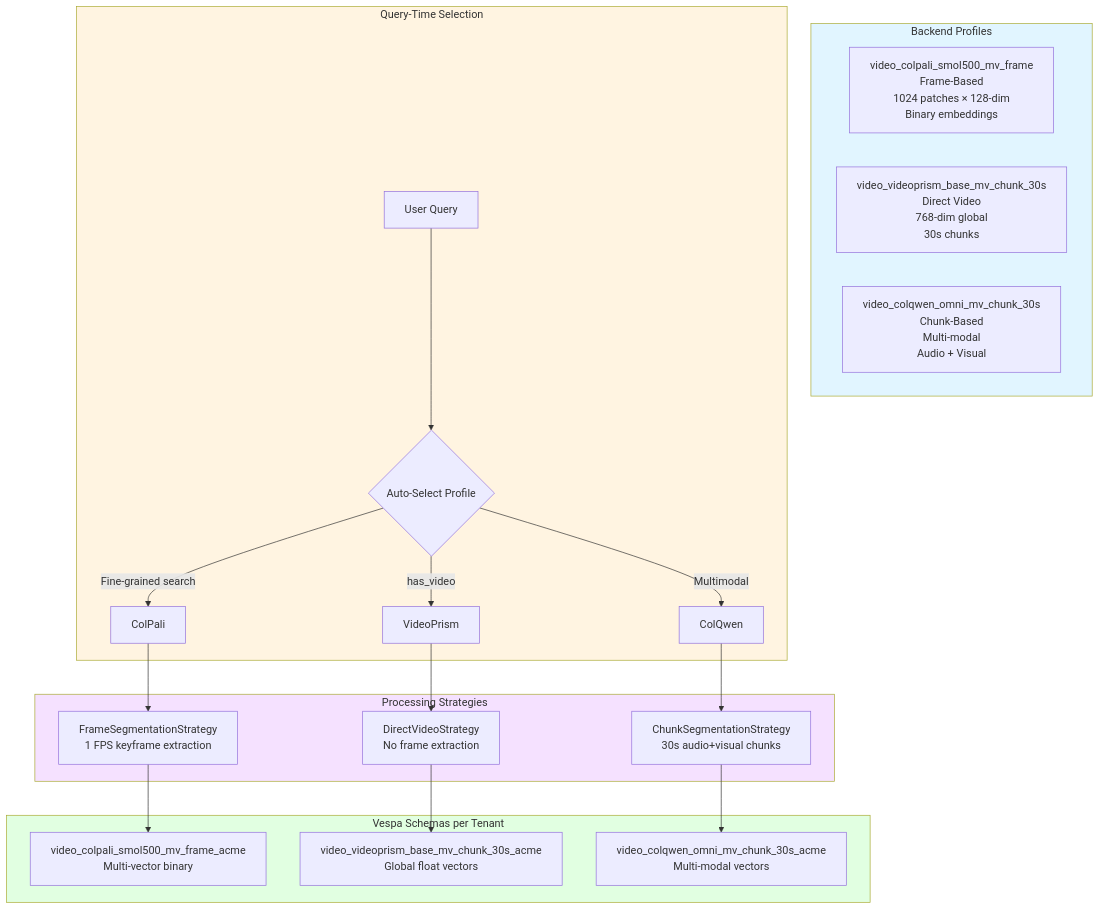
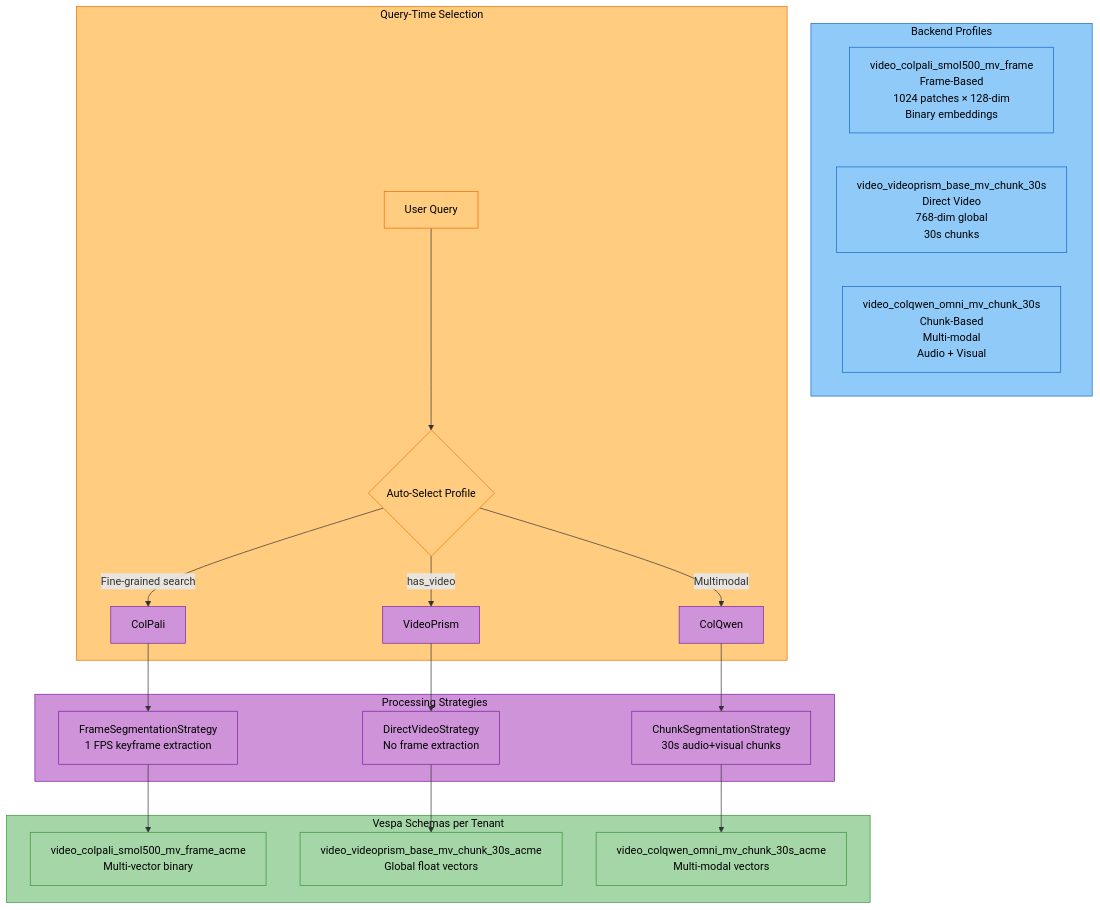
The fifth of 9 diagrams in docs/modules/backends.md (amit-jain/cogniverse), drawn with Mermaid before and after one commit. The commit also changed other lines of this file and 83 other files, not shown here.

First line of the commit message:
Fix documentation veracity, formatting, and diagrams across all modules

````diff
--- a/docs/modules/backends.md
+++ b/docs/modules/backends.md
@@ -520,32 +601,46 @@
 ```mermaid
 flowchart TB
-    subgraph Profiles[Backend Profiles]
-        ColPali[video_colpali_smol500_mv_frame<br/>Frame-Based<br/>1024 patches × 128-dim<br/>Binary embeddings]
-        VideoPrism[video_videoprism_base_mv_chunk_30s<br/>Direct Video<br/>768-dim global<br/>30s chunks]
-        ColQwen[video_colqwen_omni_mv_chunk_30s<br/>Chunk-Based<br/>Multi-modal<br/>Audio + Visual]
+    subgraph Profiles["<span style='color:#000'>Backend Profiles</span>"]
+        ColPali["<span style='color:#000'>video_colpali_smol500_mv_frame<br/>Frame-Based<br/>1024 patches × 128-dim<br/>Binary embeddings</span>"]
+        VideoPrism["<span style='color:#000'>video_videoprism_base_mv_chunk_30s<br/>Direct Video<br/>768-dim global<br/>30s chunks</span>"]
+        ColQwen["<span style='color:#000'>video_colqwen_omni_mv_chunk_30s<br/>Chunk-Based<br/>Multi-modal<br/>Audio + Visual</span>"]
     end
 
-    subgraph QueryTime[Query-Time Selection]
-        Query[User Query] --> AutoSelect{Auto-Select Profile}
+    subgraph QueryTime["<span style='color:#000'>Query-Time Selection</span>"]
+        Query["<span style='color:#000'>User Query</span>"] --> AutoSelect{"<span style='color:#000'>Auto-Select Profile</span>"}
         AutoSelect -->|has_video| SelectVideoPrism
         AutoSelect -->|Fine-grained search| SelectColPali
         AutoSelect -->|Multimodal| SelectColQwen
     end
 
-    subgraph Strategies[Processing Strategies]
-        SelectColPali[ColPali] --> FrameSeg[FrameSegmentationStrategy<br/>1 FPS keyframe extraction]
-        SelectVideoPrism[VideoPrism] --> DirectVideo[DirectVideoStrategy<br/>No frame extraction]
-        SelectColQwen[ColQwen] --> ChunkSeg[ChunkSegmentationStrategy<br/>30s audio+visual chunks]
+    subgraph Strategies["<span style='color:#000'>Processing Strategies</span>"]
+        SelectColPali["<span style='color:#000'>ColPali</span>"] --> FrameSeg["<span style='color:#000'>FrameSegmentationStrategy<br/>1 FPS keyframe extraction</span>"]
+        SelectVideoPrism["<span style='color:#000'>VideoPrism</span>"] --> DirectVideo["<span style='color:#000'>DirectVideoStrategy<br/>No frame extraction</span>"]
+        SelectColQwen["<span style='color:#000'>ColQwen</span>"] --> ChunkSeg["<span style='color:#000'>ChunkSegmentationStrategy<br/>30s audio+visual chunks</span>"]
     end
 
-    subgraph VespaSchemas[Vespa Schemas per Tenant]
-        FrameSeg --> ColPaliSchema[video_colpali_smol500_mv_frame_acme<br/>Multi-vector binary]
-        DirectVideo --> VideoPrismSchema[video_videoprism_base_mv_chunk_30s_acme<br/>Global float vectors]
-        ChunkSeg --> ColQwenSchema[video_colqwen_omni_mv_chunk_30s_acme<br/>Multi-modal vectors]
+    subgraph VespaSchemas["<span style='color:#000'>Vespa Schemas per Tenant</span>"]
+        FrameSeg --> ColPaliSchema["<span style='color:#000'>video_colpali_smol500_mv_frame_acme<br/>Multi-vector binary</span>"]
+        DirectVideo --> VideoPrismSchema["<span style='color:#000'>video_videoprism_base_mv_chunk_30s_acme<br/>Global float vectors</span>"]
+        ChunkSeg --> ColQwenSchema["<span style='color:#000'>video_colqwen_omni_mv_chunk_30s_acme<br/>Multi-modal vectors</span>"]
     end
 
-    style Profiles fill:#e1f5ff
-    style QueryTime fill:#fff4e1
-    style Strategies fill:#f5e1ff
-    style VespaSchemas fill:#e1ffe1
+    style Profiles fill:#90caf9,stroke:#1565c0,color:#000
+    style QueryTime fill:#ffcc80,stroke:#ef6c00,color:#000
+    style Strategies fill:#ce93d8,stroke:#7b1fa2,color:#000
+    style VespaSchemas fill:#a5d6a7,stroke:#388e3c,color:#000
+    style ColPali fill:#90caf9,stroke:#1565c0,color:#000
+    style VideoPrism fill:#90caf9,stroke:#1565c0,color:#000
+    style ColQwen fill:#90caf9,stroke:#1565c0,color:#000
+    style Query fill:#ffcc80,stroke:#ef6c00,color:#000
+    style AutoSelect fill:#ffcc80,stroke:#ef6c00,color:#000
+    style SelectColPali fill:#ce93d8,stroke:#7b1fa2,color:#000
+    style SelectVideoPrism fill:#ce93d8,stroke:#7b1fa2,color:#000
+    style SelectColQwen fill:#ce93d8,stroke:#7b1fa2,color:#000
+    style FrameSeg fill:#ce93d8,stroke:#7b1fa2,color:#000
+    style DirectVideo fill:#ce93d8,stroke:#7b1fa2,color:#000
+    style ChunkSeg fill:#ce93d8,stroke:#7b1fa2,color:#000
+    style ColPaliSchema fill:#a5d6a7,stroke:#388e3c,color:#000
+    style VideoPrismSchema fill:#a5d6a7,stroke:#388e3c,color:#000
+    style ColQwenSchema fill:#a5d6a7,stroke:#388e3c,color:#000
 ```
````
